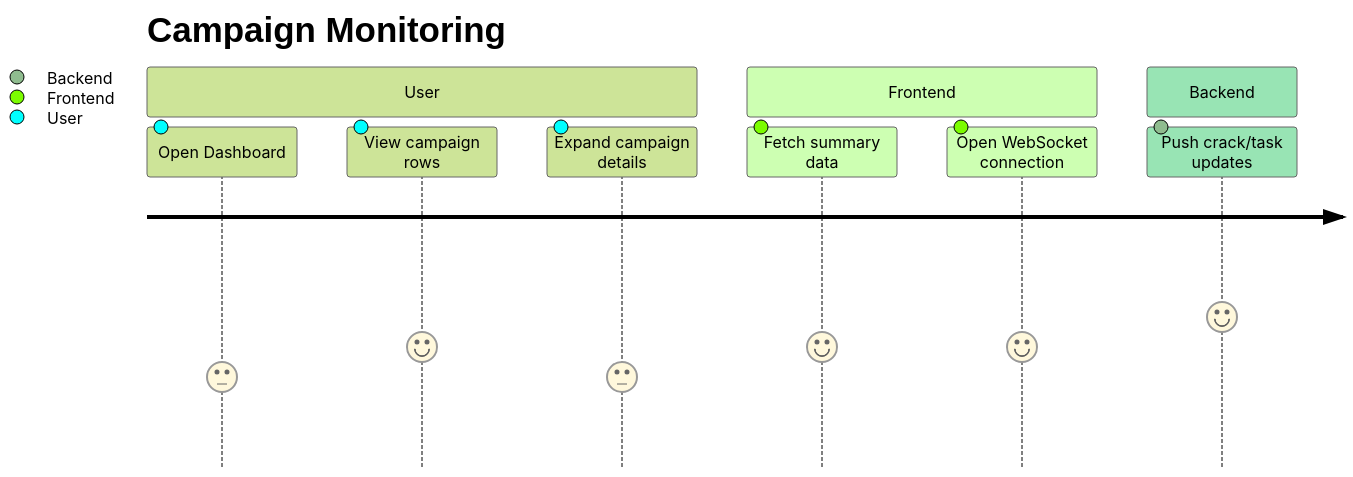
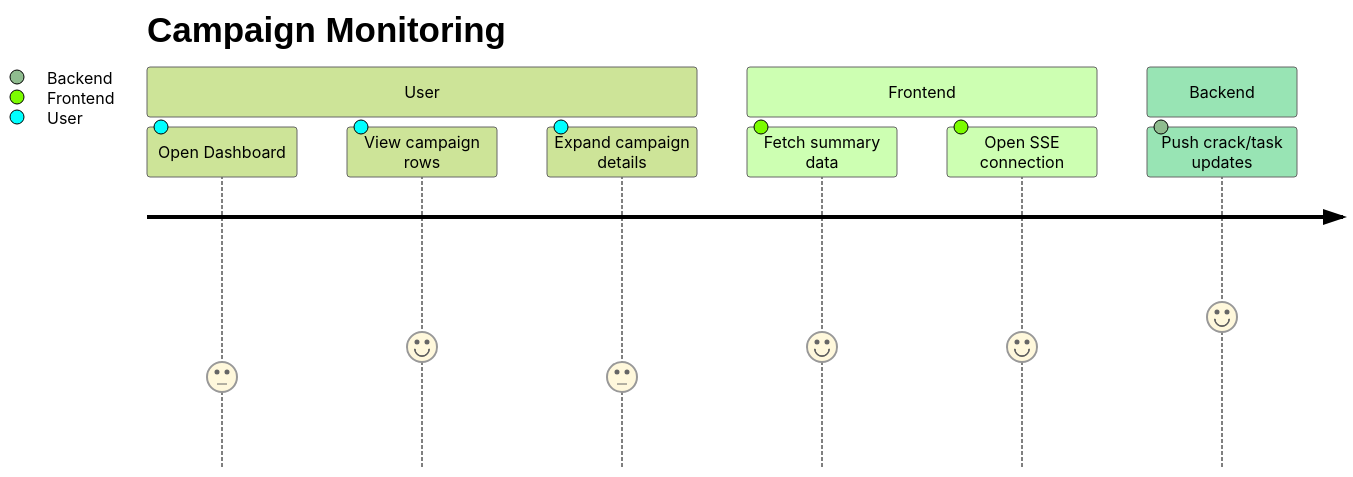
Before and after one commit to unclesp1d3r/CipherSwarm: the second of 16 diagrams in docs/v2_rewrite_implementation_plan/notes/user_flows_notes.md, drawn with Mermaid (forest theme). The commit also changed other lines of this file and 19 other files, not shown here.

````diff
--- a/docs/v2_rewrite_implementation_plan/notes/user_flows_notes.md
+++ b/docs/v2_rewrite_implementation_plan/notes/user_flows_notes.md
@@ -155,13 +155,13 @@
 ```mermaid
 journey
     title Campaign Monitoring
     section User
       Open Dashboard: 3: User
       View campaign rows: 4: User
       Expand campaign details: 3: User
     section Frontend
       Fetch summary data: 4: Frontend
-      Open WebSocket connection: 4: Frontend
+      Open SSE connection: 4: Frontend
     section Backend
       Push crack/task updates: 5: Backend
 ```
````
